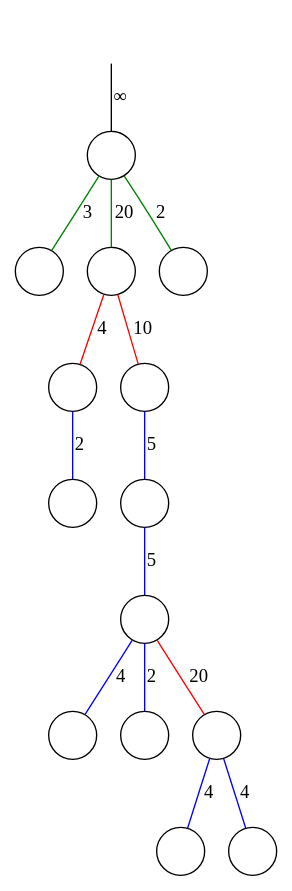
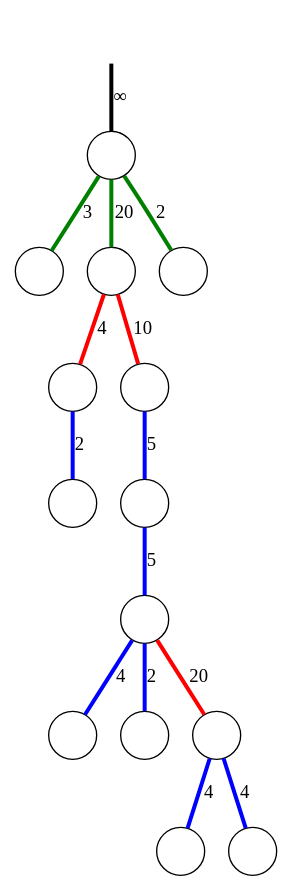
One commit to sgolodetz/thesis changed the diagram in segmentation/graphs/chriswaterfall/example-f.gv. Above: the diagram before and after it, drawn with Graphviz. The commit also changed 20 other files, not shown here.

Commit message:
Started making some of the waterfall diagrams clearer.

```diff
--- a/segmentation/graphs/chriswaterfall/example-f.gv
+++ b/segmentation/graphs/chriswaterfall/example-f.gv
@@ -1,22 +1,22 @@
 digraph
 {
 	node [shape=circle, label=""];
-	edge [dir=both, arrowtail=none, arrowhead=none];
+	edge [dir=both, arrowtail=none, arrowhead=none, penwidth=3];
 
 	r -> n00 [label="&infin;"];
 	n00 -> n10 [label=3, color=green];
 	n00 -> n11 [label=20, color=green];
 	n00 -> n12 [label=2, color=green];
 	n11 -> n20 [label=4, color=red];
 	n11 -> n21 [label=10, color=red];
 	n20 -> n30 [label=2, color=blue];
 	n21 -> n31 [label=5, color=blue];
 	n31 -> n40 [label=5, color=blue];
 	n40 -> n50 [label=4, color=blue];
 	n40 -> n51 [label=2, color=blue];
 	n40 -> n52 [label=20, color=red];
 	n52 -> n60 [label=4, color=blue];
 	n52 -> n61 [label=4, color=blue];
 
 	r [style=invisible];
 }
```
